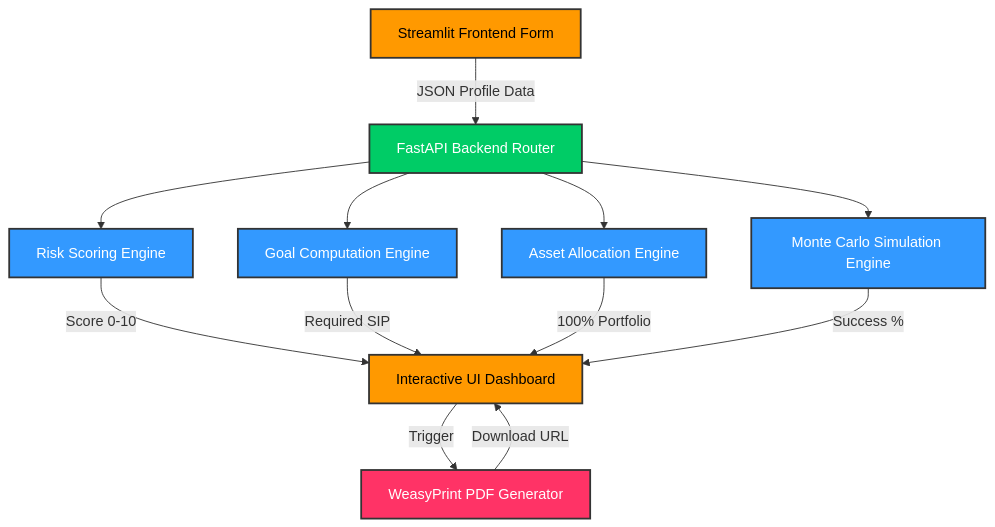
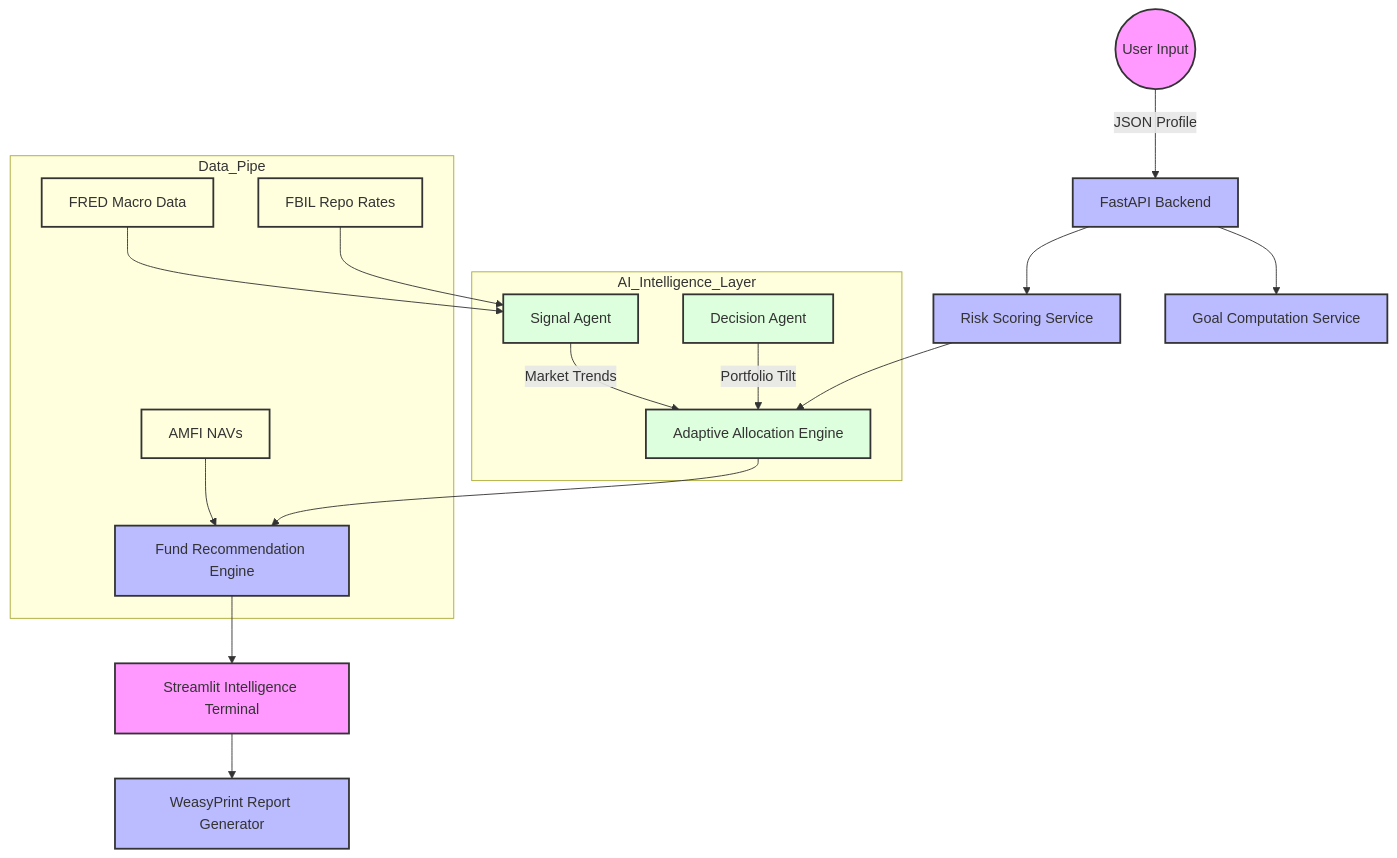
One commit to anaslari23/AI-Powered-Mutual-Fund-Advisory-Portfolio-Intelligence-System changed the first of 2 diagrams in README.md. Above: the diagram before and after it, drawn with Mermaid. The commit also changed other lines of this file and 25 other files, not shown here.

Commit message:
Refactor PDF reports and add investment mode intelligence

````diff
--- a/README.md
+++ b/README.md
@@ -14,35 +40,28 @@
 ```mermaid
 graph TD
-    %% Define Styles
-    classDef frontend fill:#ff9900,stroke:#333,stroke-width:2px,color:#000
-    classDef backend fill:#00cc66,stroke:#333,stroke-width:2px,color:#fff
-    classDef engine fill:#3399ff,stroke:#333,stroke-width:2px,color:#fff
-    classDef pdf fill:#ff3366,stroke:#333,stroke-width:2px,color:#fff
+    classDef user fill:#f9f,stroke:#333,stroke-width:2px
+    classDef engine fill:#bbf,stroke:#333,stroke-width:2px
+    classDef ai fill:#dfd,stroke:#333,stroke-width:2px
+    classDef data fill:#ffd,stroke:#333,stroke-width:2px
+
+    User((User Input)):::user --> |JSON Profile| API[FastAPI Backend]:::engine
+    API --> RiskEngine[Risk Scoring Service]:::engine
+    API --> GoalEngine[Goal Computation Service]:::engine
     
-    %% Components
-    UI[Streamlit Frontend Form]:::frontend
-    Dash[Interactive UI Dashboard]:::frontend
-    API[FastAPI Backend Router]:::backend
+    subgraph AI_Intelligence_Layer
+        SignalAgent[Signal Agent]:::ai --> |Market Trends| AdaptiveAlloc[Adaptive Allocation Engine]:::ai
+        DecisionAgent[Decision Agent]:::ai --> |Portfolio Tilt| AdaptiveAlloc
+    end
+
+    RiskEngine --> AdaptiveAlloc
+    AdaptiveAlloc --> RecoEngine[Fund Recommendation Engine]:::engine
     
-    Risk[Risk Scoring Engine]:::engine
-    Goal[Goal Computation Engine]:::engine
-    Alloc[Asset Allocation Engine]:::engine
-    MC[Monte Carlo Simulation Engine]:::engine
-    
-    Report[WeasyPrint PDF Generator]:::pdf
-    
-    %% Flow
-    UI -->|JSON Profile Data| API
-    API --> Risk
-    API --> Goal
-    API --> Alloc
-    API --> MC
-    
-    Risk -->|Score 0-10| Dash
-    Goal -->|Required SIP| Dash
-    Alloc -->|100% Portfolio| Dash
-    MC -->|Success %| Dash
-    
-    Dash -->|Trigger| Report
-    Report -->|Download URL| Dash
+    subgraph Data_Pipe
+        AMFI[AMFI NAVs]:::data --> RecoEngine
+        FRED[FRED Macro Data]:::data --> SignalAgent
+        FBIL[FBIL Repo Rates]:::data --> SignalAgent
+    end
+
+    RecoEngine --> Dashboard[Streamlit Intelligence Terminal]:::user
+    Dashboard --> PDF[WeasyPrint Report Generator]:::engine
 ```
````
